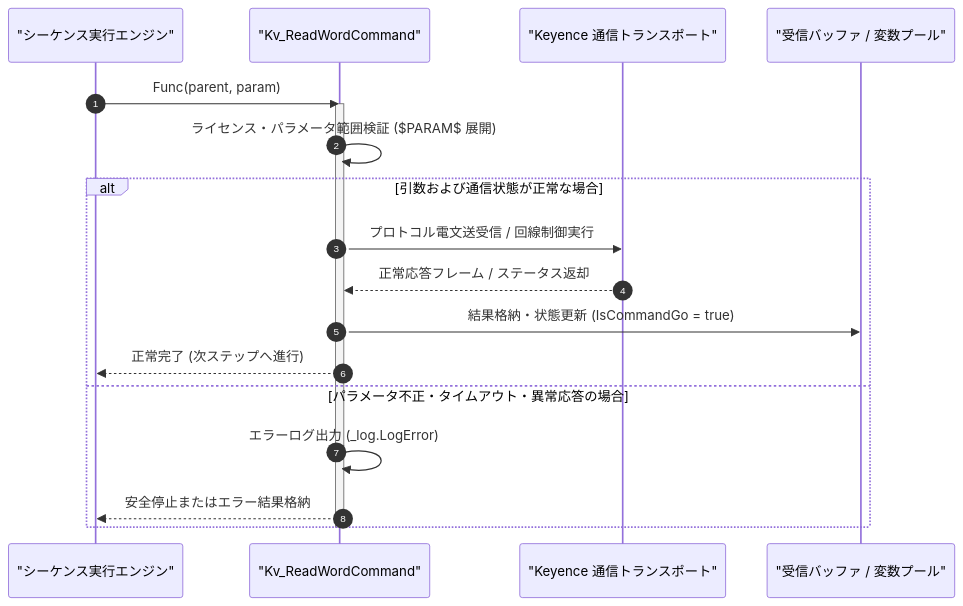
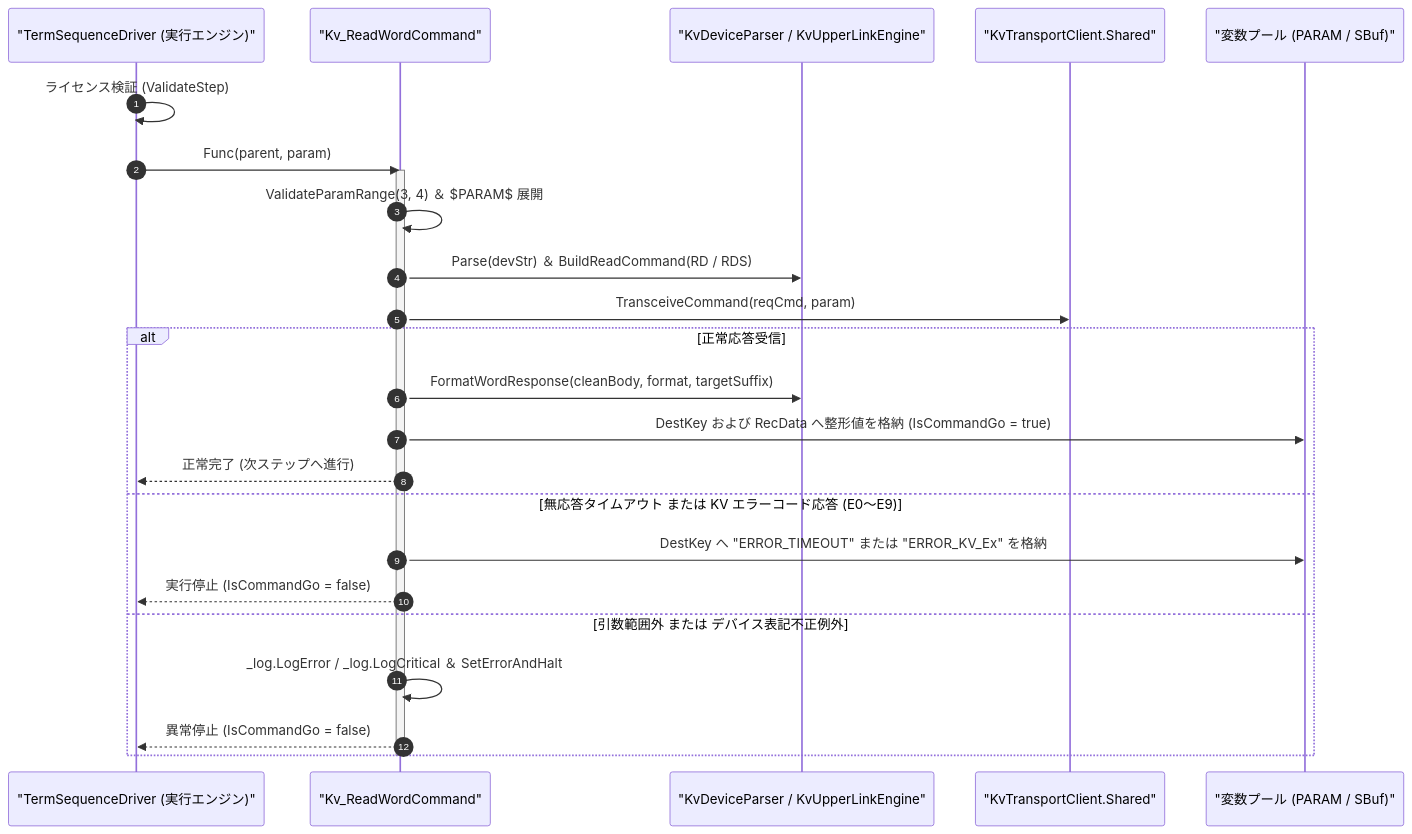
One commit to Monaca-App/TermAddIn changed the diagram in Manual/Keyence/Kv_ReadWord.Md. Above: the diagram before and after it, drawn with Mermaid. The commit also changed other lines of this file and 157 other files, not shown here.

````diff
--- a/Manual/Keyence/Kv_ReadWord.Md
+++ b/Manual/Keyence/Kv_ReadWord.Md
@@ -66,22 +71,28 @@
 ```mermaid
 sequenceDiagram
     autonumber
-    participant Script as "シーケンス実行エンジン"
+    participant Driver as "TermSequenceDriver (実行エンジン)"
     participant Cmd as "Kv_ReadWordCommand"
-    participant Trans as "Keyence 通信トランスポート"
-    participant Buf as "受信バッファ / 変数プール"
+    participant Engine as "KvDeviceParser / KvUpperLinkEngine"
+    participant Trans as "KvTransportClient.Shared"
+    participant Buf as "変数プール (PARAM / SBuf)"
 
-    Script->>Cmd: Func(parent, param)
+    Driver->>Driver: ライセンス検証 (ValidateStep)
+    Driver->>Cmd: Func(parent, param)
     activate Cmd
-    Cmd->>Cmd: ライセンス・パラメータ範囲検証 ($PARAM$ 展開)
-    alt 引数および通信状態が正常な場合
-        Cmd->>Trans: プロトコル電文送受信 / 回線制御実行
-        Trans-->>Cmd: 正常応答フレーム / ステータス返却
-        Cmd->>Buf: 結果格納・状態更新 (IsCommandGo = true)
-        Cmd-->>Script: 正常完了 (次ステップへ進行)
-    else パラメータ不正・タイムアウト・異常応答の場合
-        Cmd->>Cmd: エラーログ出力 (_log.LogError)
-        Cmd-->>Script: 安全停止またはエラー結果格納
+    Cmd->>Cmd: ValidateParamRange(3, 4) ＆ $PARAM$ 展開
+    Cmd->>Engine: Parse(devStr) ＆ BuildReadCommand(RD / RDS)
+    Cmd->>Trans: TransceiveCommand(reqCmd, param)
+    alt 正常応答受信
+        Cmd->>Engine: FormatWordResponse(cleanBody, format, targetSuffix)
+        Cmd->>Buf: DestKey および RecData へ整形値を格納 (IsCommandGo = true)
+        Cmd-->>Driver: 正常完了 (次ステップへ進行)
+    else 無応答タイムアウト または KV エラーコード応答 (E0〜E9)
+        Cmd->>Buf: DestKey へ "ERROR_TIMEOUT" または "ERROR_KV_Ex" を格納
+        Cmd-->>Driver: 実行停止 (IsCommandGo = false)
+    else 引数範囲外 または デバイス表記不正例外
+        Cmd->>Cmd: _log.LogError / _log.LogCritical ＆ SetErrorAndHalt
+        Cmd-->>Driver: 異常停止 (IsCommandGo = false)
     end
     deactivate Cmd
 ```
````
